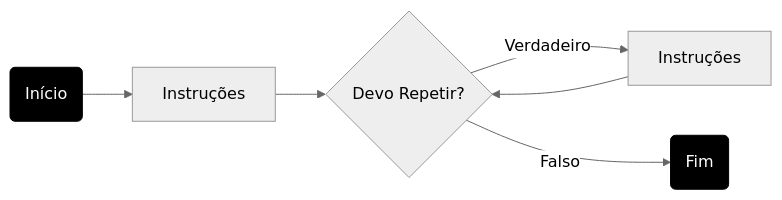
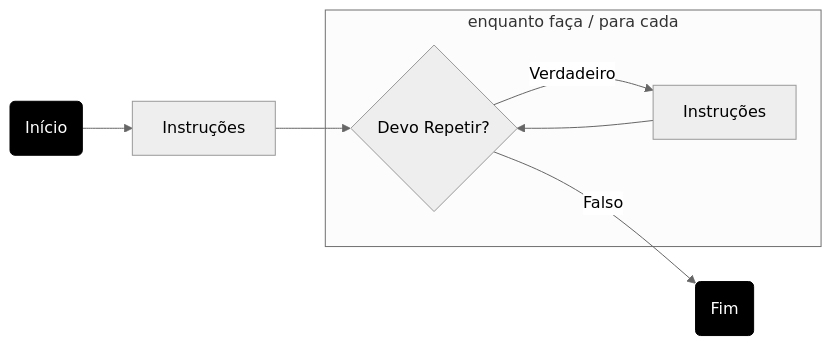
Before and after one commit to yuriMartinst/linguagem-java: the sixth of 9 diagrams in 08.md, drawn with Mermaid (neutral theme). The commit also changed other lines of this file, not shown here.

````diff
--- a/08.md
+++ b/08.md
@@ -154,11 +158,13 @@
 ```mermaid
 flowchart LR
     inicio(Início) --> A
     A[Instruções] --> C{Devo Repetir?}
+    subgraph enquanto faça / para cada
     C --> |Verdadeiro| D[Instruções]
+    end
     D --> C
     C -->|Falso| fim(Fim)
 
 style inicio fill:#000,stroke:#000,color:#fff
 style fim fill:#000,stroke:#000,color:#fff
 ```
````
